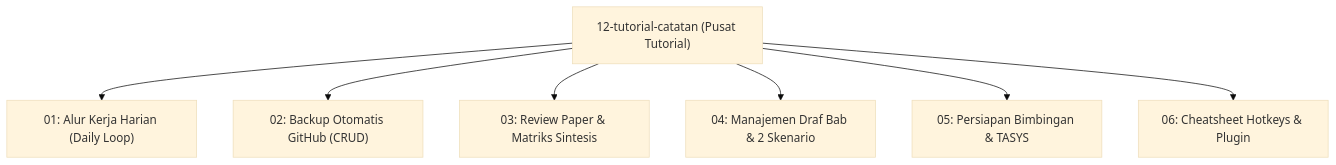
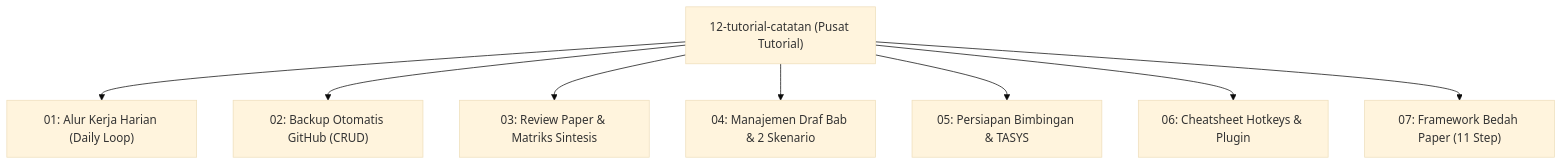
Before and after one commit to cengkooo/Catatan-Logs-TA: the diagram in 12-tutorial-catatan/00-Index-Tutorial.md, drawn with Mermaid (base theme). The commit also changed other lines of this file and 5 other files, not shown here.

````diff
--- a/12-tutorial-catatan/00-Index-Tutorial.md
+++ b/12-tutorial-catatan/00-Index-Tutorial.md
@@ -21,9 +21,10 @@
 ```mermaid
 flowchart TD
     T0["12-tutorial-catatan (Pusat Tutorial)"] --> T1["01: Alur Kerja Harian (Daily Loop)"]
     T0 --> T2["02: Backup Otomatis GitHub (CRUD)"]
     T0 --> T3["03: Review Paper & Matriks Sintesis"]
     T0 --> T4["04: Manajemen Draf Bab & 2 Skenario"]
     T0 --> T5["05: Persiapan Bimbingan & TASYS"]
     T0 --> T6["06: Cheatsheet Hotkeys & Plugin"]
+    T0 --> T7["07: Framework Bedah Paper (11 Step)"]
 ```
````
